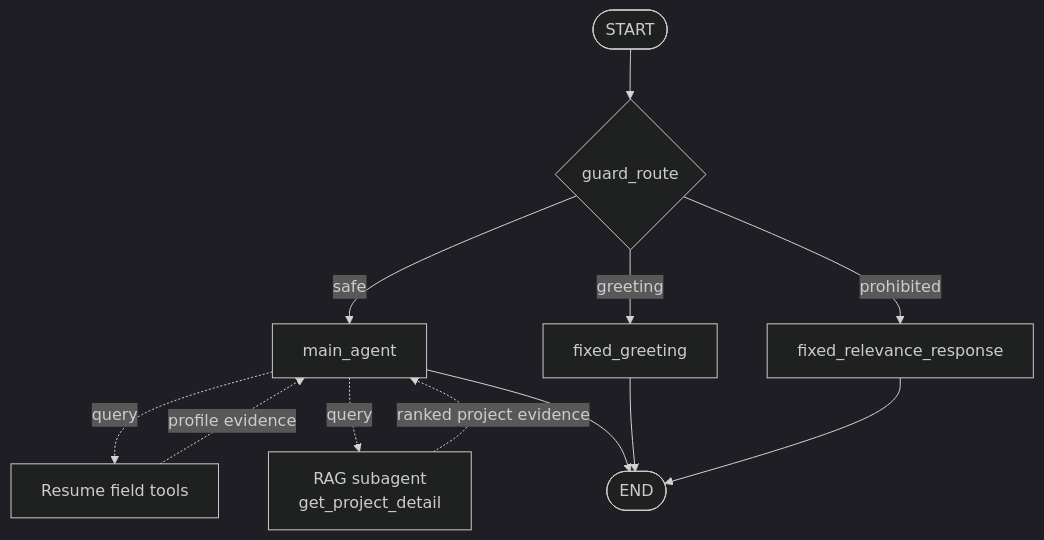
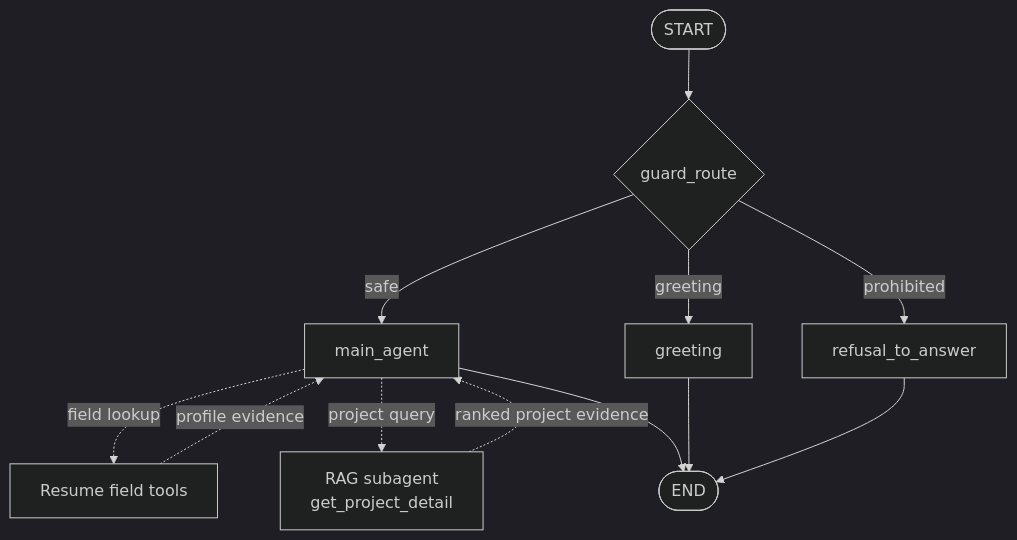
One commit to wcfbrian/Interview-Me-Assistant changed the diagram in README.md. Above: the diagram before and after it, drawn with Mermaid (dark theme). The commit also changed other lines of this file and 3 other files, not shown here.

Commit message:
refactor: rename fixed_greeting and fixed_relevance_response for clarity

````diff
--- a/README.md
+++ b/README.md
@@ -63,14 +63,14 @@
 ```mermaid
 flowchart TD
   Start([START]) --> Guard{guard_route}
   Guard -->|safe| Main[main_agent]
-  Guard -->|greeting| Greeting[fixed_greeting]
-  Guard -->|prohibited| Refusal[fixed_relevance_response]
-  Main -.->|query| Resume[Resume field tools]
-  Main -.->|query| Project[  RAG subagent \n get_project_detail]
+  Guard -->|greeting| Greeting[greeting]
+  Guard -->|prohibited| Refusal[refusal_to_answer]
+  Main -.->|field lookup| Resume[Resume field tools]
+  Main -.->|project query| Project[  RAG subagent \n get_project_detail]
   Resume -.->|profile evidence| Main
   Project -.->|ranked project evidence| Main
   Main --> End([END])
   Greeting --> End
   Refusal --> End
 ```
````
